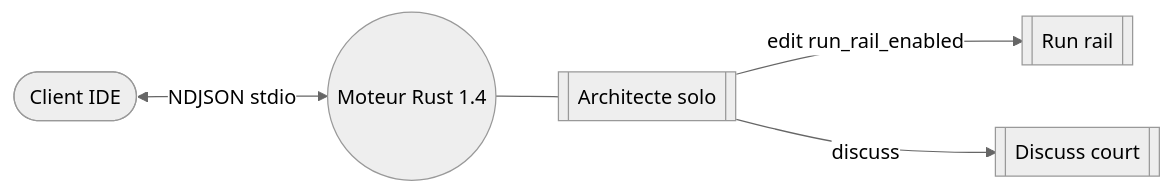
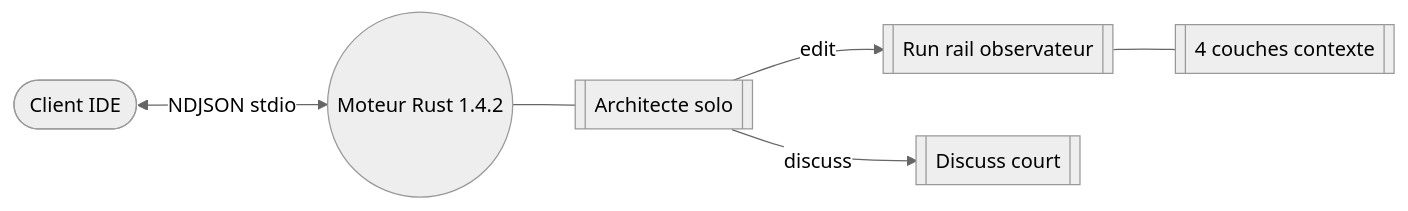
Before and after one commit to DroxKiwi/Drox---IDE: the fifth of 7 diagrams in README.md, drawn with Mermaid (neutral theme). The commit also changed other lines of this file, not shown here.

````diff
--- a/README.md
+++ b/README.md
@@ -183,13 +187,15 @@
 ```mermaid
 flowchart LR
   IDE(["Client IDE"])
-  MOT(("Moteur Rust 1.4"))
+  MOT(("Moteur Rust 1.4.2"))
   ARC[["Architecte solo"]]
-  RAIL[["Run rail"]]
+  RAIL[["Run rail observateur"]]
   DISC[["Discuss court"]]
+  CTX[["4 couches contexte"]]
 
   IDE <-->|NDJSON stdio| MOT
   MOT --- ARC
-  ARC -->|edit run_rail_enabled| RAIL
+  ARC -->|edit| RAIL
   ARC -->|discuss| DISC
+  RAIL --- CTX
 ```
````
